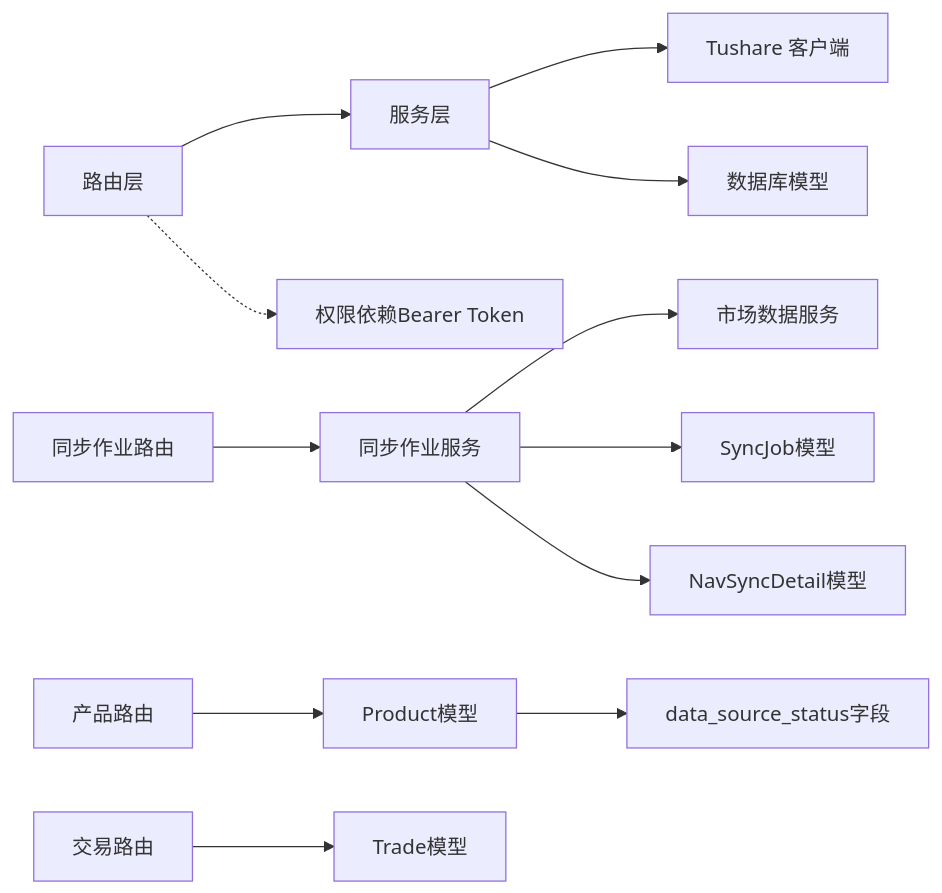
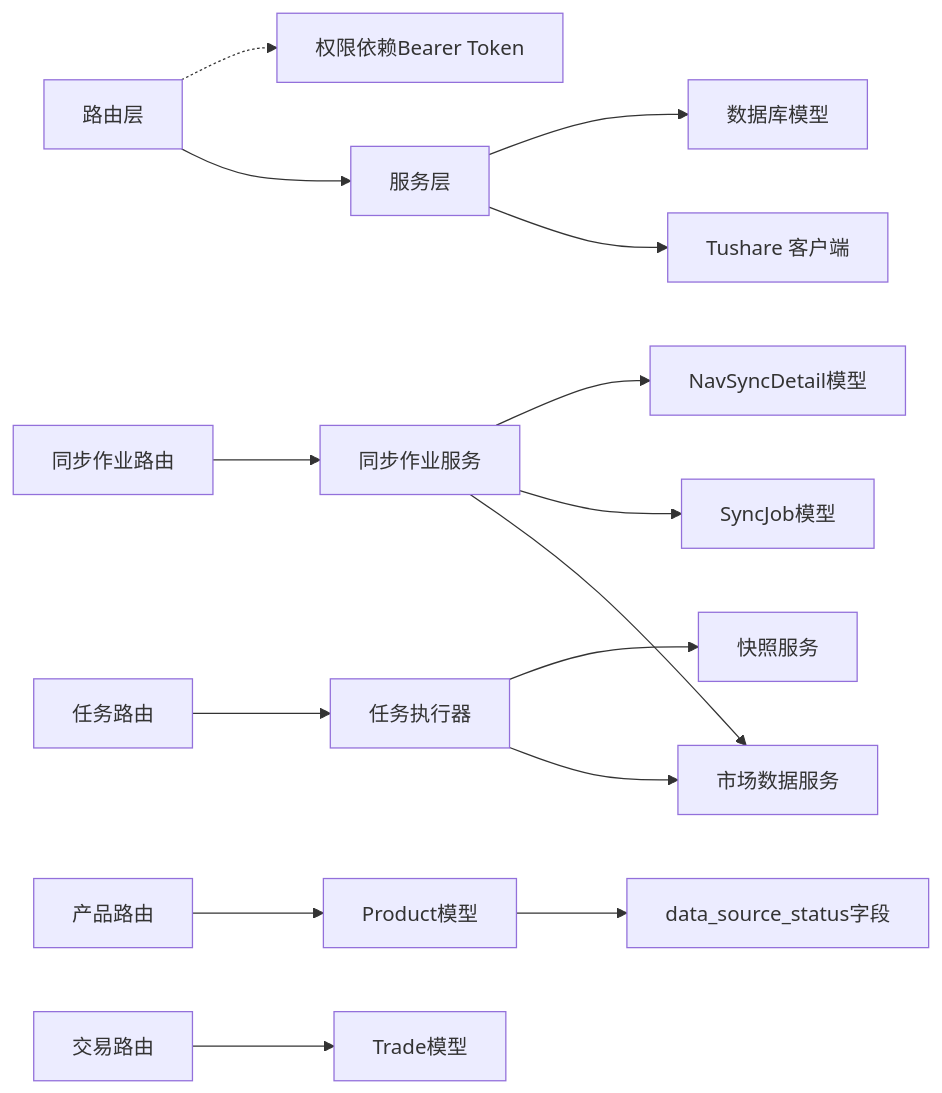
One commit to gujialind/InvestRing changed the ninth of 9 diagrams in .qoder/repowiki/zh/content/后端API文档/数据同步API.md. Above: the diagram before and after it, drawn with Mermaid. The commit also changed other lines of this file and 65 other files, not shown here.

````diff
--- a/.qoder/repowiki/zh/content/后端API文档/数据同步API.md
+++ b/.qoder/repowiki/zh/content/后端API文档/数据同步API.md
@@ -627,14 +649,17 @@
 ```mermaid
 graph LR
 R["路由层"] --> S["服务层"]
 S --> T["Tushare 客户端"]
 S --> D["数据库模型"]
 R -.-> P["权限依赖Bearer Token"]
 R4["同步作业路由"] --> S4["同步作业服务"]
 S4 --> S1["市场数据服务"]
 S4 --> M6["SyncJob模型"]
 S4 --> M5["NavSyncDetail模型"]
+R3["任务路由"] --> S5["任务执行器"]
+S5 --> S1
+S5 --> S6["快照服务"]
 R5["产品路由"] --> M2["Product模型"]
 R6["交易路由"] --> M7["Trade模型"]
 M2 --> DS["data_source_status字段"]
 ```
````
